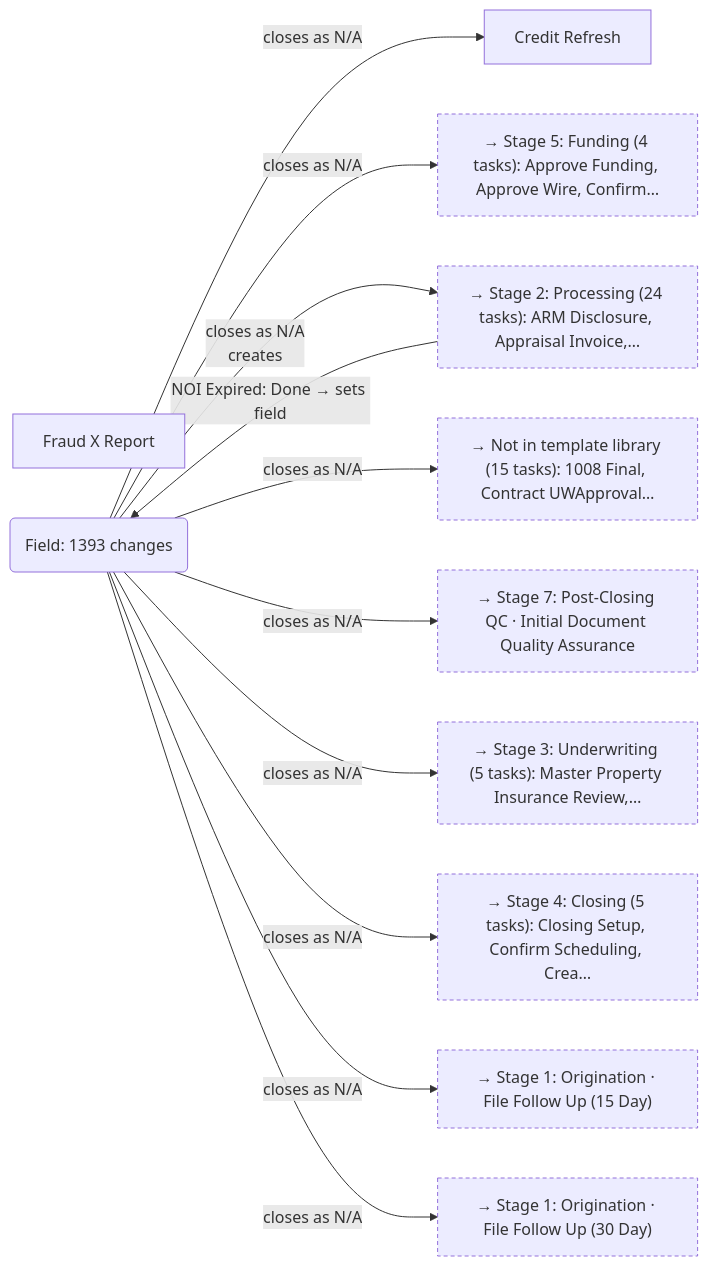
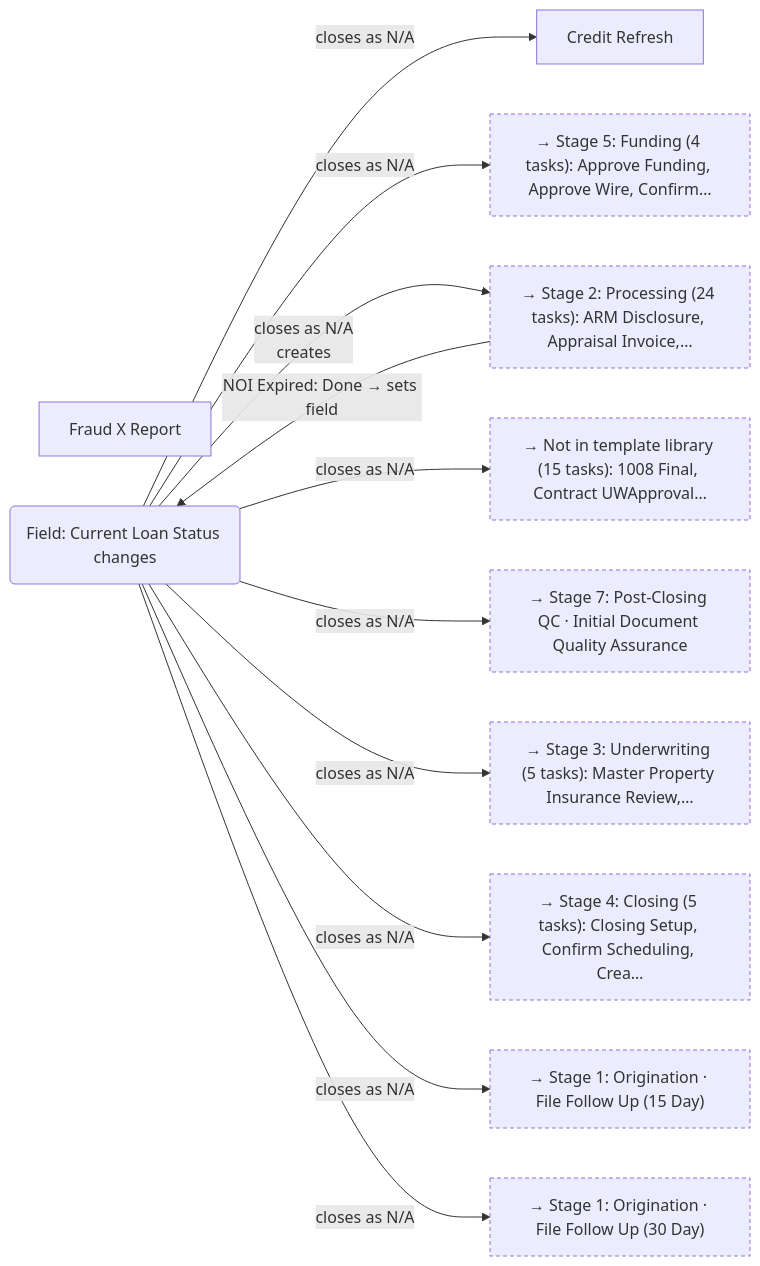
The ninth of 24 diagrams in docs/RULES_MAP.md (NewAige/mortgage-tasks), drawn with Mermaid before and after one commit. The commit also changed other lines of this file and 4 other files, not shown here.

````diff
--- a/docs/RULES_MAP.md
+++ b/docs/RULES_MAP.md
@@ -702,34 +702,34 @@
 ```mermaid
 flowchart LR
     n1["Credit Refresh"]
     n2["Fraud X Report"]
-    n3("Field: 1393 changes")
+    n3("Field: Current Loan Status changes")
     n4["→ Stage 5: Funding (4 tasks): Approve Funding, Approve Wire, Confirm…"]
     class n4 stub
     n5["→ Stage 2: Processing (24 tasks): ARM Disclosure, Appraisal Invoice,…"]
     class n5 stub
     n6["→ Not in template library (15 tasks): 1008 Final, Contract UWApproval…"]
     class n6 stub
     n7["→ Stage 7: Post-Closing QC · Initial Document Quality Assurance"]
     class n7 stub
     n8["→ Stage 3: Underwriting (5 tasks): Master Property Insurance Review,…"]
     class n8 stub
     n9["→ Stage 4: Closing (5 tasks): Closing Setup, Confirm Scheduling, Crea…"]
     class n9 stub
     n10["→ Stage 1: Origination · File Follow Up (15 Day)"]
     class n10 stub
     n11["→ Stage 1: Origination · File Follow Up (30 Day)"]
     class n11 stub
     n3 -->|"closes as N/A"| n1
     n3 -->|"closes as N/A"| n4
     n3 -->|"closes as N/A<br/>creates"| n5
     n3 -->|"closes as N/A"| n6
     n3 -->|"closes as N/A"| n7
     n3 -->|"closes as N/A"| n8
     n3 -->|"closes as N/A"| n9
     n3 -->|"closes as N/A"| n10
     n3 -->|"closes as N/A"| n11
     n5 -->|"NOI Expired: Done → sets field"| n3
     classDef stub stroke-dasharray: 4 3
     classDef gap stroke-dasharray: 2 4
 ```
````
